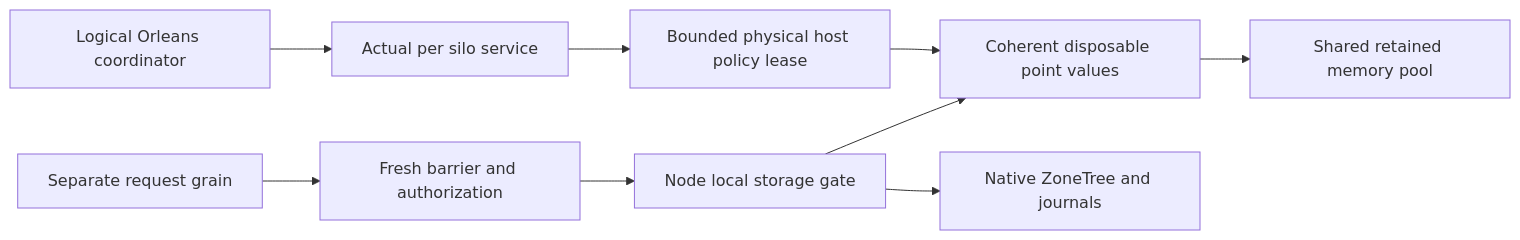
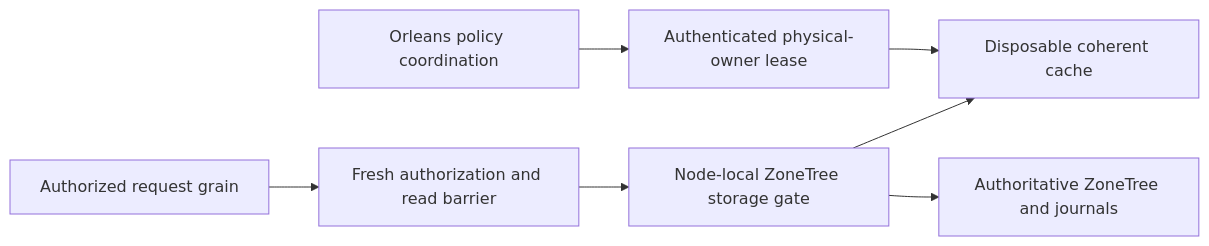
Before and after one commit to managedcode/KeyLoad: the diagram in docs/ADR/ADR-058-orleans-coordinated-cache-memory.md, drawn with Mermaid. The commit also changed other lines of this file and 152 other files, not shown here.

````diff
--- a/docs/ADR/ADR-058-orleans-coordinated-cache-memory.md
+++ b/docs/ADR/ADR-058-orleans-coordinated-cache-memory.md
@@ -30,11 +12,9 @@
 ```mermaid
 flowchart LR
-    Request[Separate request grain] --> Fresh[Fresh barrier and authorization]
-    Fresh --> Host[Node local storage gate]
-    Host --> Cache[Coherent disposable point values]
-    Cache --> Pool[Shared retained memory pool]
-    Host --> Tree[Native ZoneTree and journals]
-    Coordinator[Logical Orleans coordinator] --> Service[Actual per silo service]
-    Service --> Lease[Bounded physical host policy lease]
+    Request[Authorized request grain] --> Barrier[Fresh authorization and read barrier]
+    Barrier --> Store[Node-local ZoneTree storage gate]
+    Store --> Cache[Disposable coherent cache]
+    Store --> Tree[Authoritative ZoneTree and journals]
+    Coordinator[Orleans policy coordination] --> Lease[Authenticated physical-owner lease]
     Lease --> Cache
 ```
````
